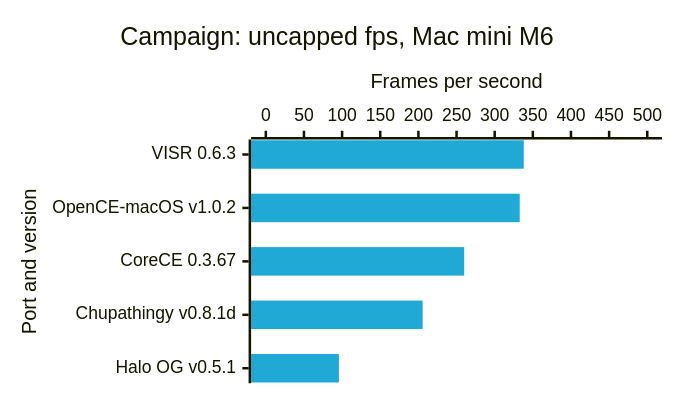
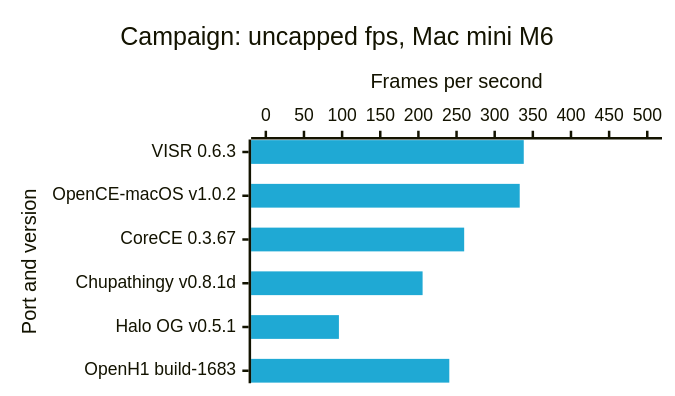
One commit to VISR-CE/visr changed the second of 8 diagrams in docs/benchmarks.md. Above: the diagram before and after it, drawn with Mermaid. The commit also changed other lines of this file and 3 other files, not shown here.

````diff
--- a/docs/benchmarks.md
+++ b/docs/benchmarks.md
@@ -49,16 +49,16 @@
 ```mermaid
 ---
 config:
   xyChart:
     width: 520
     height: 297
   themeVariables:
     xyChart:
       plotColorPalette: "#1fa9d4, #ffc24d"
 ---
 xychart-beta horizontal
     title "Campaign: uncapped fps, Mac mini M6"
-    x-axis "Port and version" ["VISR 0.6.3", "OpenCE-macOS v1.0.2", "CoreCE 0.3.67", "Chupathingy v0.8.1d", "Halo OG v0.5.1"]
+    x-axis "Port and version" ["VISR 0.6.3", "OpenCE-macOS v1.0.2", "CoreCE 0.3.67", "Chupathingy v0.8.1d", "Halo OG v0.5.1", "OpenH1 build-1683"]
     y-axis "Frames per second" 0 --> 500
-    bar [338.1, 332.8, 260, 205.5, 95.8]
+    bar [338.1, 332.8, 260, 205.5, 95.8, 240.5]
 ```
````
